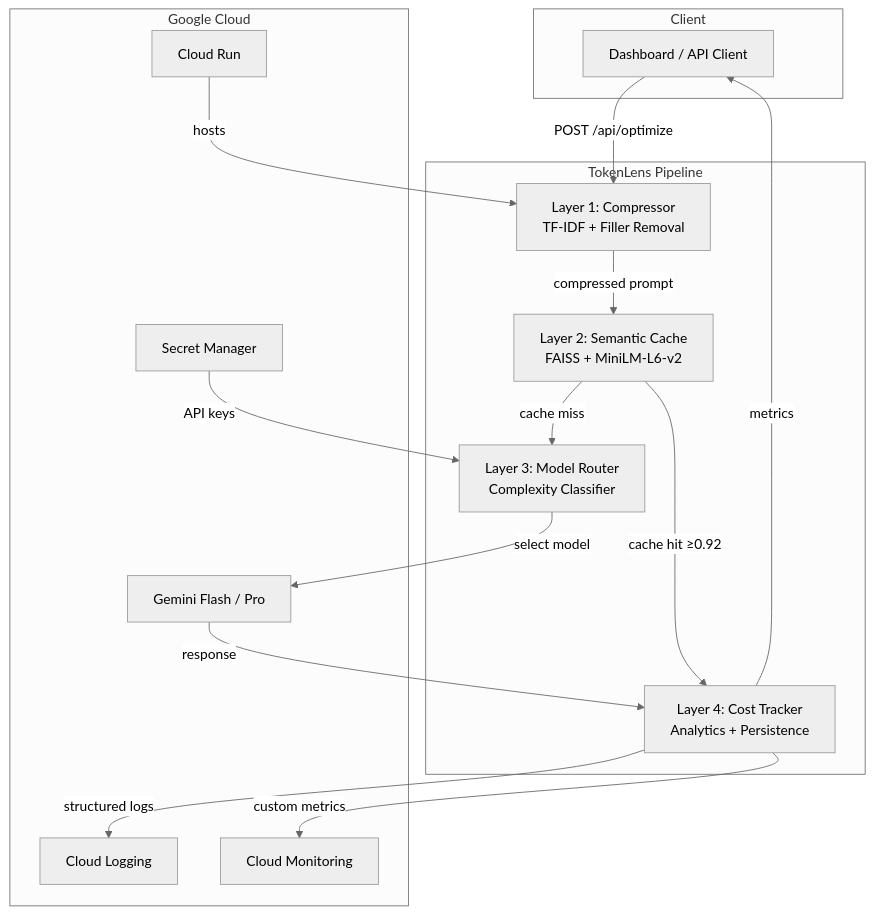
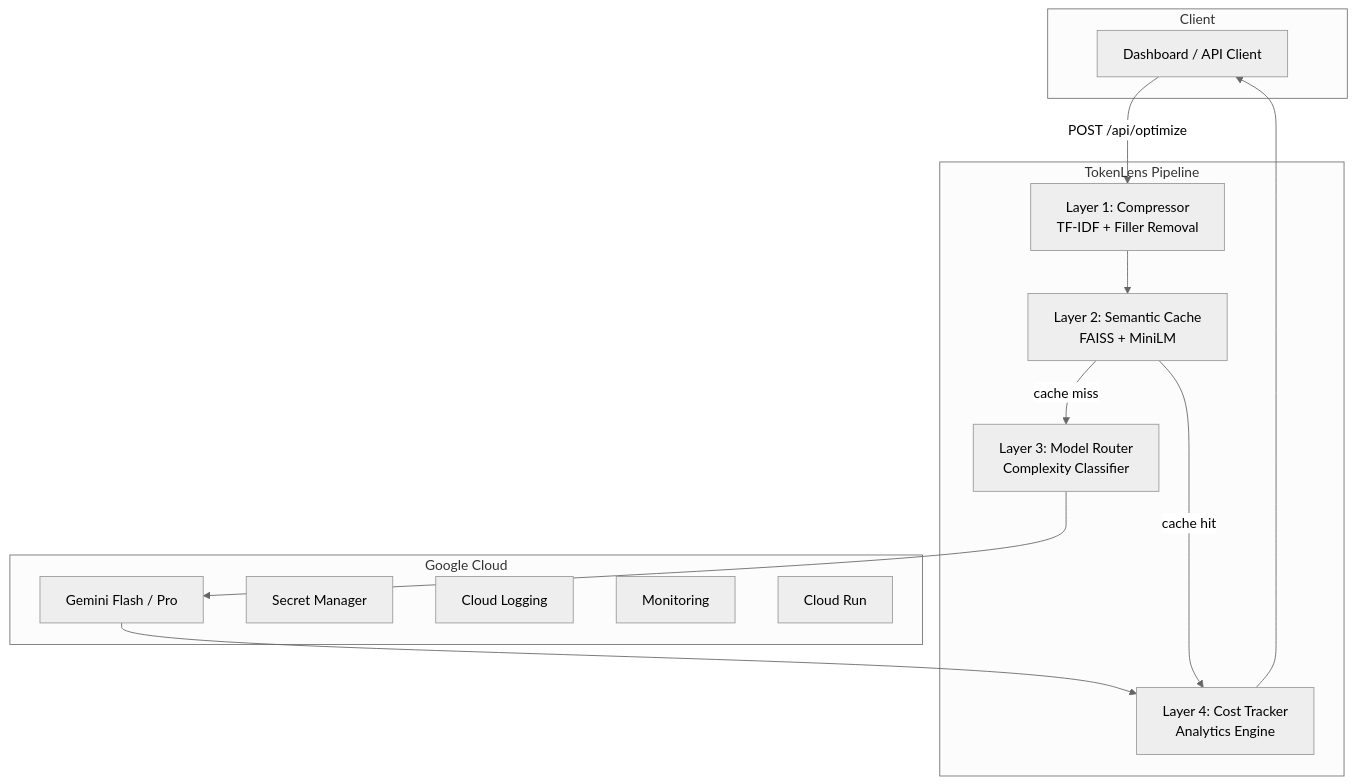
One commit to Viraj281105/TokenLens changed the diagram in README.md. Above: the diagram before and after it, drawn with Mermaid (neutral theme). The commit also changed other lines of this file, not shown here.

`````diff
--- a/README.md
+++ b/README.md
@@ -23,33 +44,29 @@
 ```mermaid
 graph TB
     subgraph Client
         A[Dashboard / API Client]
     end
 
     subgraph TokenLens["TokenLens Pipeline"]
         B["Layer 1: Compressor<br/>TF-IDF + Filler Removal"]
-        C["Layer 2: Semantic Cache<br/>FAISS + MiniLM-L6-v2"]
+        C["Layer 2: Semantic Cache<br/>FAISS + MiniLM"]
         D["Layer 3: Model Router<br/>Complexity Classifier"]
-        E["Layer 4: Cost Tracker<br/>Analytics + Persistence"]
+        E["Layer 4: Cost Tracker<br/>Analytics Engine"]
     end
 
-    subgraph Google["Google Cloud"]
+    subgraph Cloud["Google Cloud"]
         F["Gemini Flash / Pro"]
         G["Secret Manager"]
         H["Cloud Logging"]
-        I["Cloud Monitoring"]
+        I["Monitoring"]
         J["Cloud Run"]
     end
 
     A -->|POST /api/optimize| B
-    B -->|compressed prompt| C
+    B --> C
     C -->|cache miss| D
-    C -->|cache hit ≥0.92| E
-    D -->|select model| F
-    F -->|response| E
-    E -->|metrics| A
-    J -->|hosts| B
-    G -->|API keys| D
-    E -->|structured logs| H
-    E -->|custom metrics| I
-```
+    C -->|cache hit| E
+    D --> F
+    F --> E
+    E --> A
+````
`````
